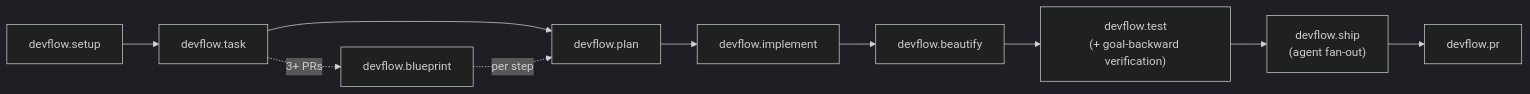
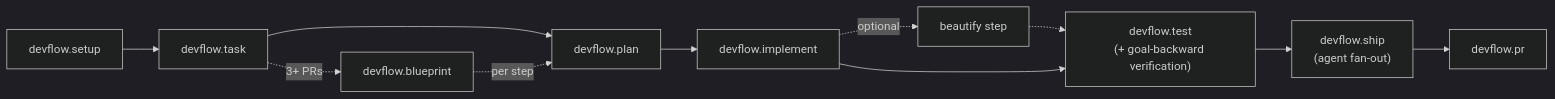
One commit to Gabriele-bil/dev_flow changed the diagram in docs/architecture.md. Above: the diagram before and after it, drawn with Mermaid (dark theme). The commit also changed other lines of this file and 53 other files, not shown here.

First line of the commit message:
feat!: make beautify an optional step offered by devflow.implement

````diff
--- a/docs/architecture.md
+++ b/docs/architecture.md
@@ -15,11 +15,12 @@
 ```mermaid
 flowchart LR
     setup[devflow.setup] --> task[devflow.task]
     task --> plan[devflow.plan]
     plan --> implement[devflow.implement]
-    implement --> beautify[devflow.beautify]
-    beautify --> test["devflow.test<br/>(+ goal-backward verification)"]
+    implement -.optional.-> beautify[beautify step]
+    beautify -.-> test
+    implement --> test["devflow.test<br/>(+ goal-backward verification)"]
     test --> ship["devflow.ship<br/>(agent fan-out)"]
     ship --> pr[devflow.pr]
     task -.3+ PRs.-> blueprint[devflow.blueprint] -.per step.-> plan
 ```
````
